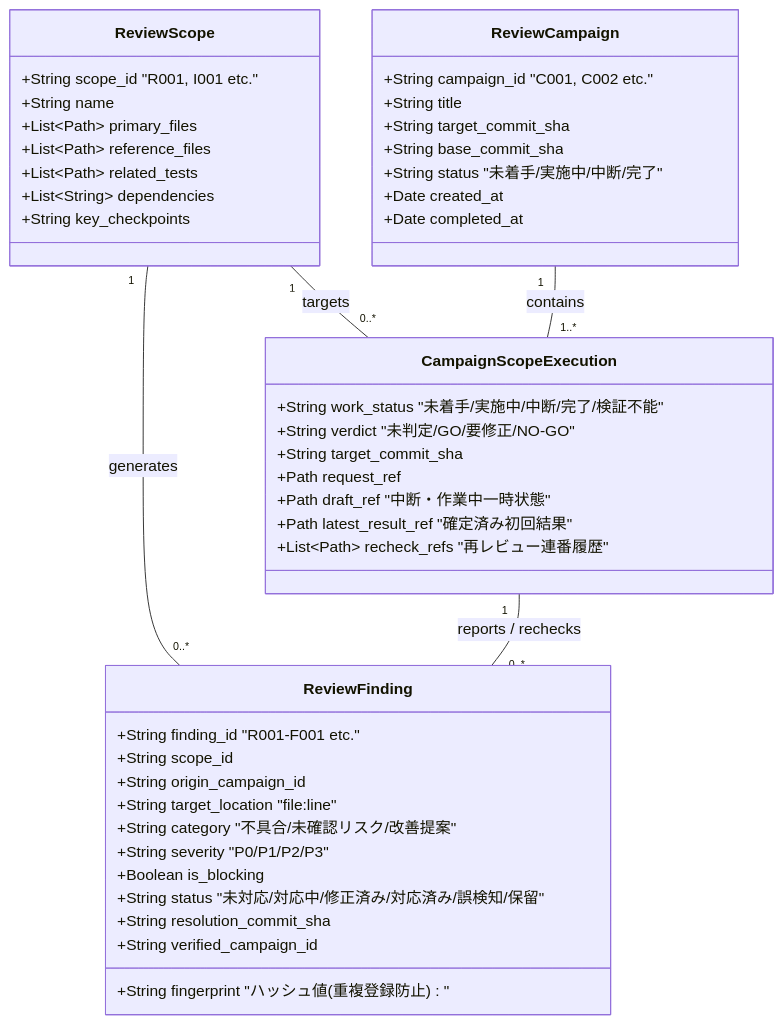
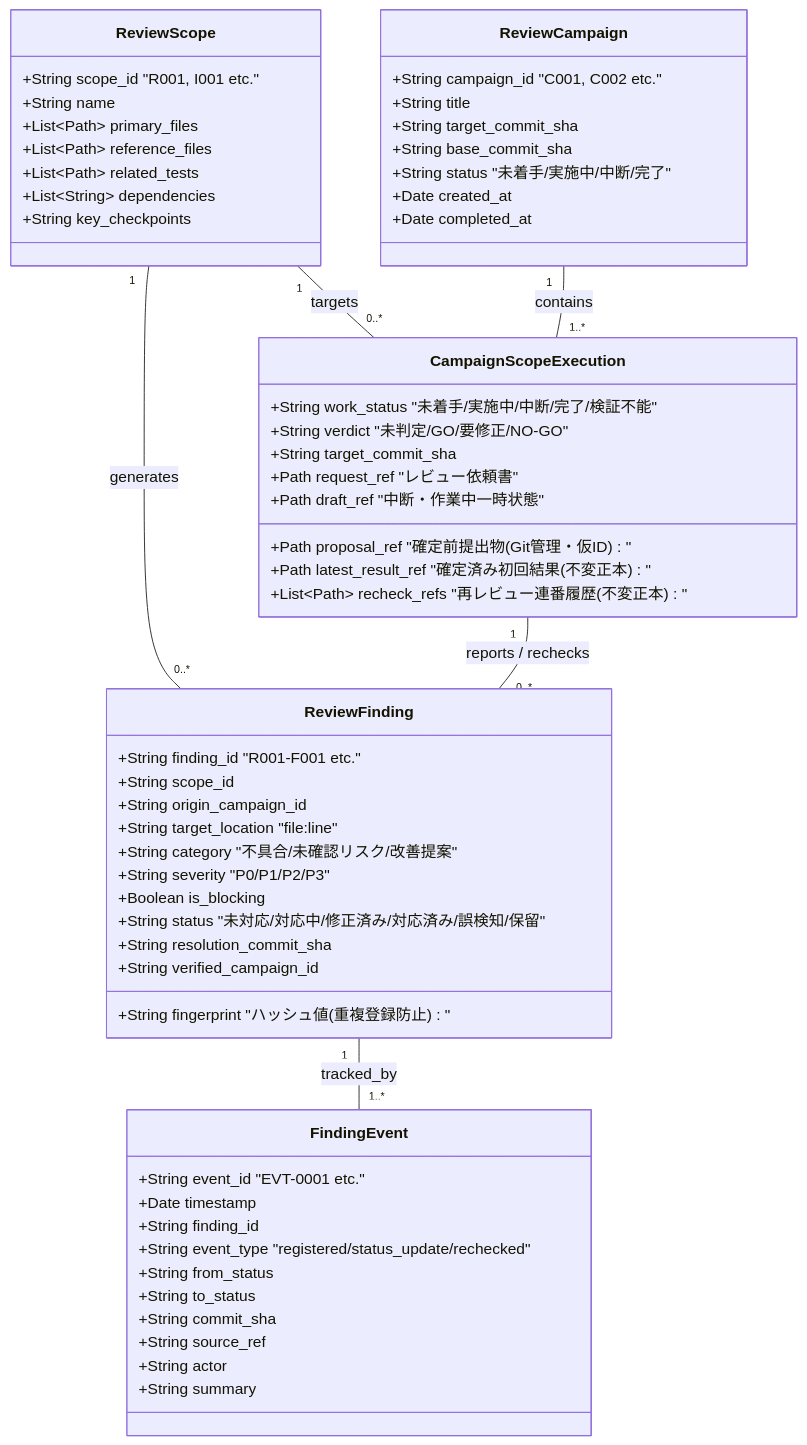
The first of 6 diagrams in docs/reviews/CONTINUOUS_REVIEW_DESIGN.md (okinawa-systembit/herdr-orchestration), drawn with Mermaid before and after one commit. The commit also changed other lines of this file, not shown here.

First line of the commit message:
docs(review): Phase 1 設計第3回レビュー指摘の反映 (NEW-01〜NEW-03)

````diff
--- a/docs/reviews/CONTINUOUS_REVIEW_DESIGN.md
+++ b/docs/reviews/CONTINUOUS_REVIEW_DESIGN.md
@@ -117,52 +120,67 @@
 ```mermaid
 classDiagram
     direction TB
     class ReviewScope {
         +String scope_id "R001, I001 etc."
         +String name
         +List~Path~ primary_files
         +List~Path~ reference_files
         +List~Path~ related_tests
         +List~String~ dependencies
         +String key_checkpoints
     }
 
     class ReviewCampaign {
         +String campaign_id "C001, C002 etc."
         +String title
         +String target_commit_sha
         +String base_commit_sha
         +String status "未着手/実施中/中断/完了"
         +Date created_at
         +Date completed_at
     }
 
     class CampaignScopeExecution {
         +String work_status "未着手/実施中/中断/完了/検証不能"
         +String verdict "未判定/GO/要修正/NO-GO"
         +String target_commit_sha
-        +Path request_ref
+        +Path request_ref "レビュー依頼書"
         +Path draft_ref "中断・作業中一時状態"
-        +Path latest_result_ref "確定済み初回結果"
-        +List~Path~ recheck_refs "再レビュー連番履歴"
+        +Path proposal_ref "確定前提出物(Git管理・仮ID)"
+        +Path latest_result_ref "確定済み初回結果(不変正本)"
+        +List~Path~ recheck_refs "再レビュー連番履歴(不変正本)"
     }
 
     class ReviewFinding {
         +String finding_id "R001-F001 etc."
         +String scope_id
         +String origin_campaign_id
         +String target_location "file:line"
         +String fingerprint "ハッシュ値(重複登録防止)"
         +String category "不具合/未確認リスク/改善提案"
         +String severity "P0/P1/P2/P3"
         +Boolean is_blocking
         +String status "未対応/対応中/修正済み/対応済み/誤検知/保留"
         +String resolution_commit_sha
         +String verified_campaign_id
     }
 
+    class FindingEvent {
+        +String event_id "EVT-0001 etc."
+        +Date timestamp
+        +String finding_id
+        +String event_type "registered/status_update/rechecked"
+        +String from_status
+        +String to_status
+        +String commit_sha
+        +String source_ref
+        +String actor
+        +String summary
+    }
+
     ReviewScope "1" -- "0..*" CampaignScopeExecution : targets
     ReviewCampaign "1" -- "1..*" CampaignScopeExecution : contains
     ReviewScope "1" -- "0..*" ReviewFinding : generates
     CampaignScopeExecution "1" -- "0..*" ReviewFinding : reports / rechecks
+    ReviewFinding "1" -- "1..*" FindingEvent : tracked_by
 ```
````
